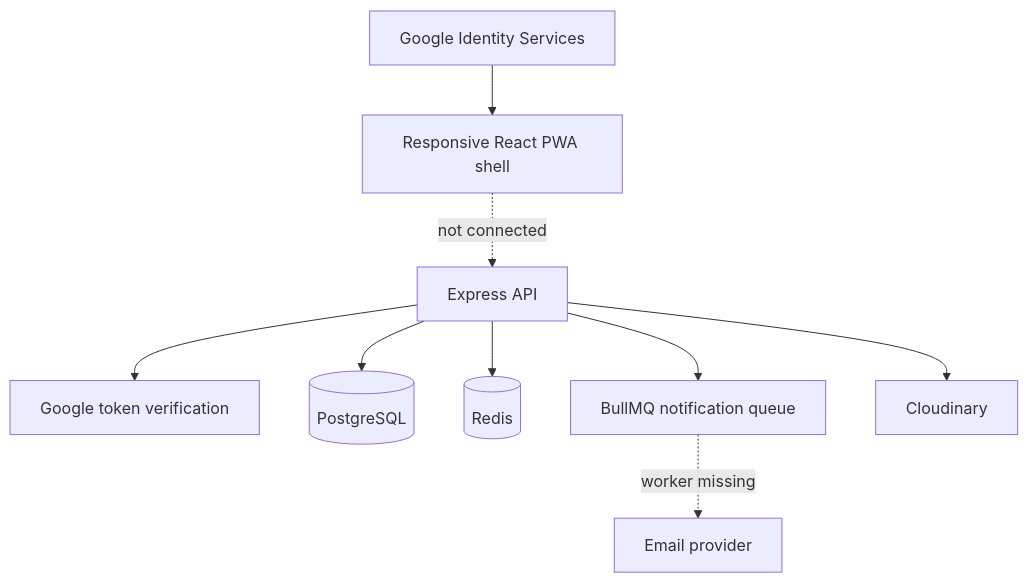
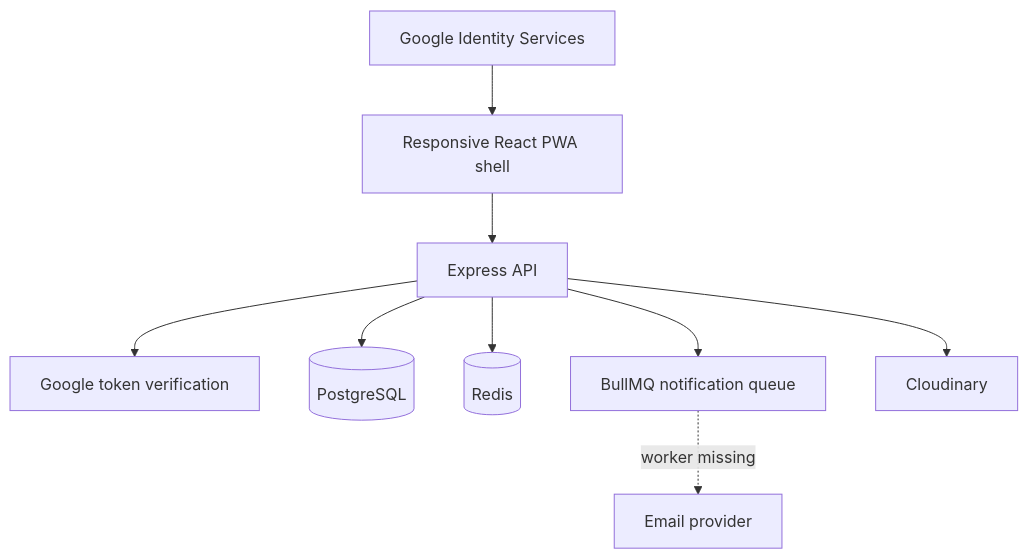
One commit to ignisia-labs/University-Makers-Space changed the diagram in docs/audit/SRS_UniversityMakersSpace_20260816.md. Above: the diagram before and after it, drawn with Mermaid. The commit also changed other lines of this file and 5 other files, not shown here.

````diff
--- a/docs/audit/SRS_UniversityMakersSpace_20260816.md
+++ b/docs/audit/SRS_UniversityMakersSpace_20260816.md
@@ -58,11 +58,11 @@
 ```mermaid
 graph TB
-    Browser[Responsive React PWA shell] -. not connected .-> API[Express API]
+    Browser[Responsive React PWA shell] --> API[Express API]
     Google[Google Identity Services] --> Browser
     API --> GoogleVerify[Google token verification]
     API --> DB[(PostgreSQL)]
     API --> Redis[(Redis)]
     API --> Queue[BullMQ notification queue]
     Queue -. worker missing .-> Email[Email provider]
     API --> Cloudinary[Cloudinary]
 ```
````
